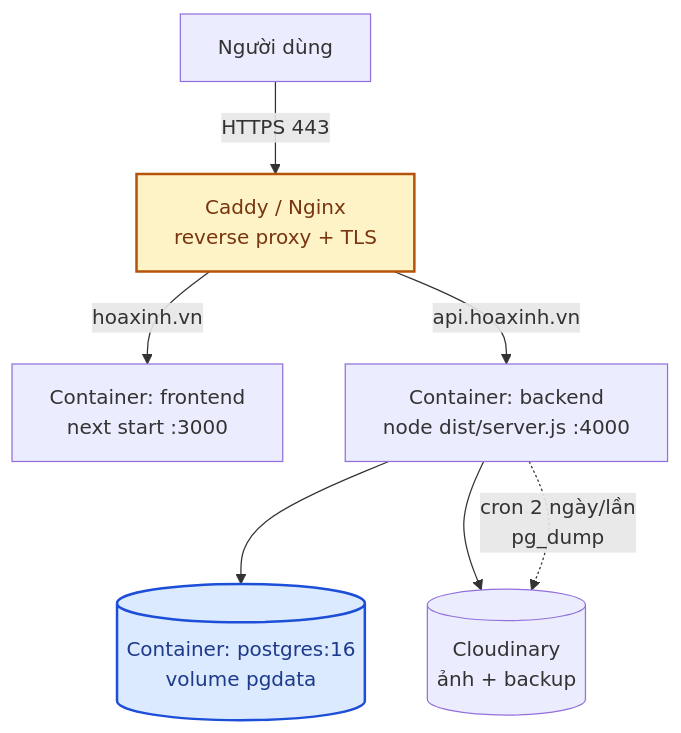
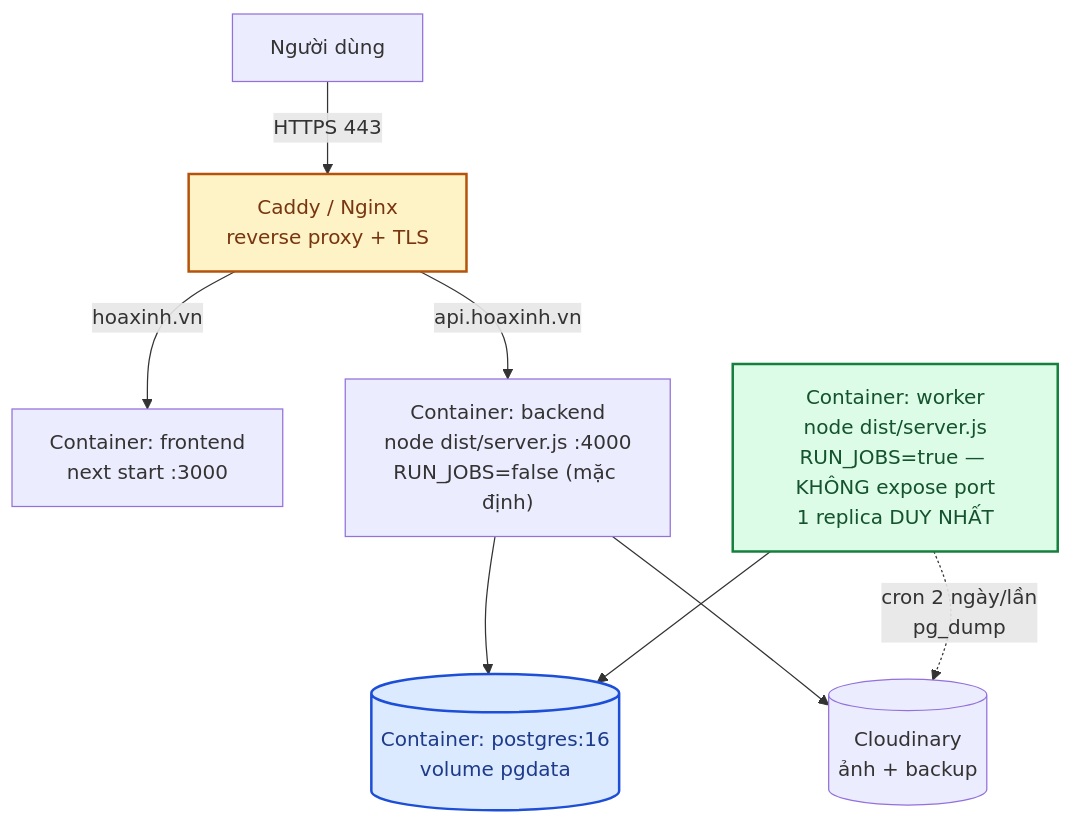
Before and after one commit to Hungvu0712/FLOWER: the third of 4 diagrams in docs/10-trien-khai-van-hanh.md, drawn with Mermaid. The commit also changed other lines of this file and 9 other files, not shown here.

````diff
--- a/docs/10-trien-khai-van-hanh.md
+++ b/docs/10-trien-khai-van-hanh.md
@@ -150,12 +156,14 @@
 ```mermaid
 flowchart TB
     U[Người dùng] -->|HTTPS 443| CADDY["Caddy / Nginx<br/>reverse proxy + TLS"]
     CADDY -->|"hoaxinh.vn"| FE["Container: frontend<br/>next start :3000"]
-    CADDY -->|"api.hoaxinh.vn"| BE["Container: backend<br/>node dist/server.js :4000"]
+    CADDY -->|"api.hoaxinh.vn"| BE["Container: backend<br/>node dist/server.js :4000<br/>RUN_JOBS=false (mặc định)"]
     BE --> PG[("Container: postgres:16<br/>volume pgdata")]
     BE --> CD[("Cloudinary<br/>ảnh + backup")]
-    BE -.->|"cron 2 ngày/lần<br/>pg_dump"| CD
+    WK["Container: worker<br/>node dist/server.js<br/>RUN_JOBS=true — KHÔNG expose port<br/>1 replica DUY NHẤT"] --> PG
+    WK -.->|"cron 2 ngày/lần<br/>pg_dump"| CD
 
     style CADDY fill:#fef3c7,stroke:#b45309,stroke-width:2px,color:#78350f
     style PG fill:#dbeafe,stroke:#1d4ed8,stroke-width:2px,color:#1e3a8a
+    style WK fill:#dcfce7,stroke:#15803d,stroke-width:2px,color:#14532d
 ```
````
